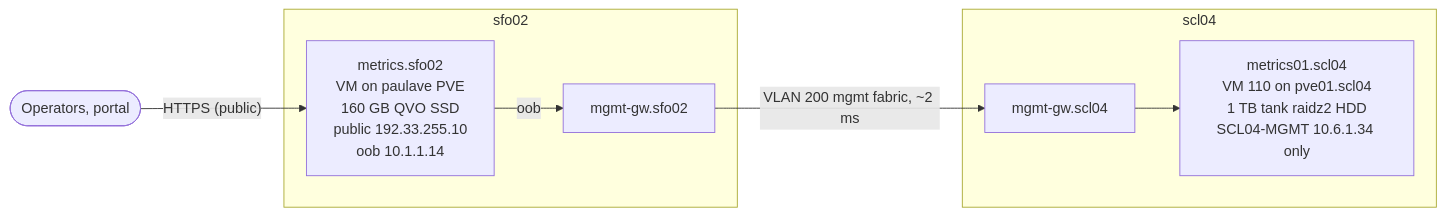
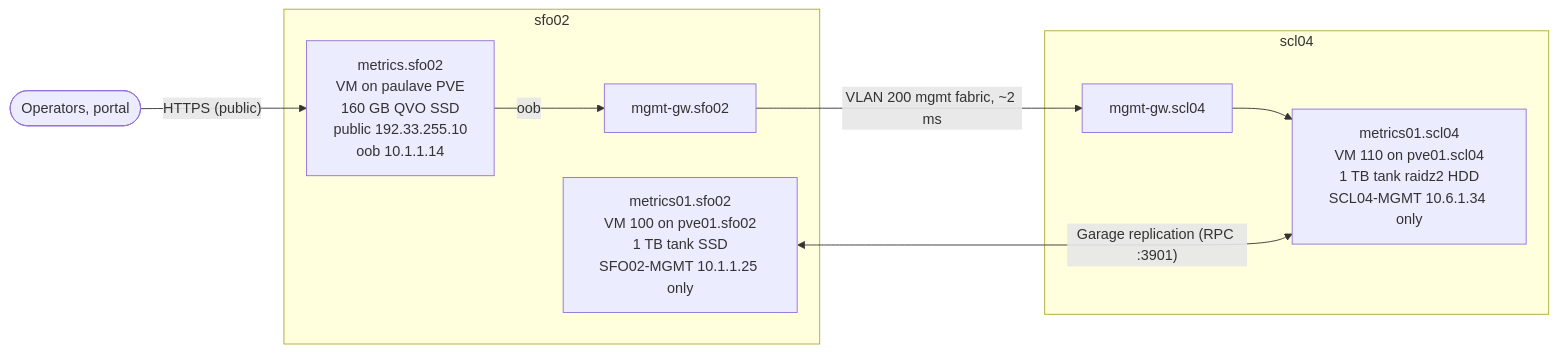
The first of 3 diagrams in documentation/design_docs/012-long-term-telemetry-storage.md (sfmix/sfmix), drawn with Mermaid before and after one commit. The commit also changed other lines of this file, not shown here.

Commit message:
docs(012): second Garage node, replication 2, rollout record

````diff
--- a/documentation/design_docs/012-long-term-telemetry-storage.md
+++ b/documentation/design_docs/012-long-term-telemetry-storage.md
@@ -34,13 +35,15 @@
 ```mermaid
 flowchart LR
   subgraph SFO["sfo02"]
     M1["metrics.sfo02<br/>VM on paulave PVE<br/>160 GB QVO SSD<br/>public 192.33.255.10<br/>oob 10.1.1.14"]
     GWS["mgmt-gw.sfo02"]
+    M3["metrics01.sfo02<br/>VM 100 on pve01.sfo02<br/>1 TB tank SSD<br/>SFO02-MGMT 10.1.1.25 only"]
   end
   subgraph SCL["scl04"]
     GWC["mgmt-gw.scl04"]
     M2["metrics01.scl04<br/>VM 110 on pve01.scl04<br/>1 TB tank raidz2 HDD<br/>SCL04-MGMT 10.6.1.34 only"]
   end
   USERS(["Operators, portal"]) -- "HTTPS (public)" --> M1
   M1 -- "oob" --> GWS -- "VLAN 200 mgmt fabric, ~2 ms" --> GWC --> M2
+  M3 <-- "Garage replication (RPC :3901)" --> M2
 ```
````
